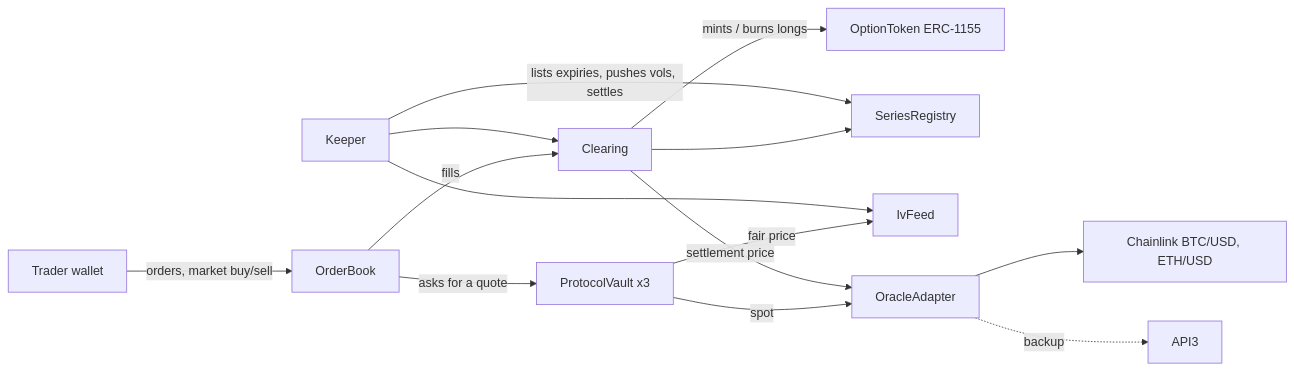
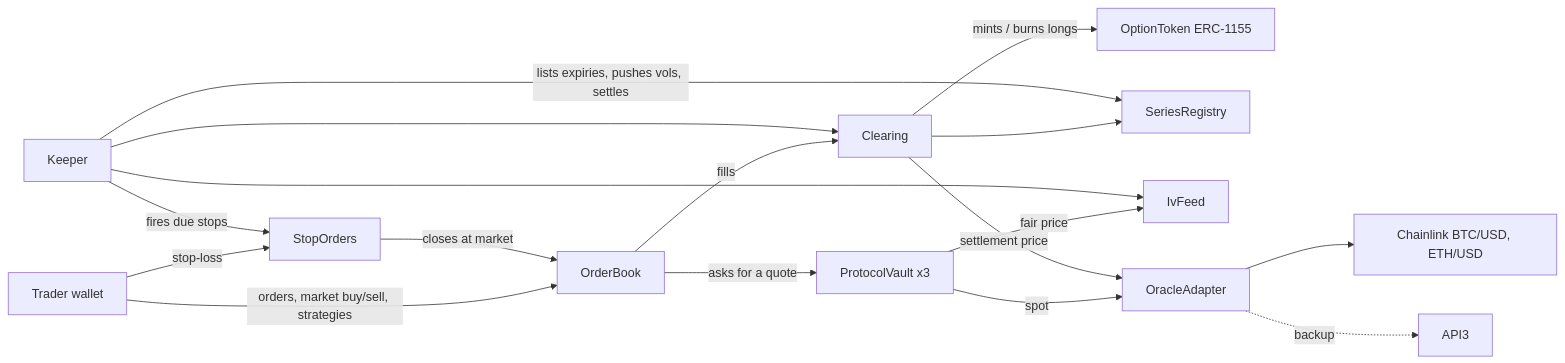
Before and after one commit to derstarteam-a11y/derstar-contracts: the diagram in README.md, drawn with Mermaid. The commit also changed other lines of this file, not shown here.

First line of the commit message:
README: strategies in one transaction, stop-loss orders, 162 tests

````diff
--- a/README.md
+++ b/README.md
@@ -36,16 +36,19 @@
 ```mermaid
 flowchart LR
-    T[Trader wallet] -->|orders, market buy/sell| OB[OrderBook]
+    T[Trader wallet] -->|orders, market buy/sell, strategies| OB[OrderBook]
+    T -->|stop-loss| S[StopOrders]
+    S -->|closes at market| OB
     OB -->|asks for a quote| V[ProtocolVault x3]
     OB -->|fills| C[Clearing]
     C -->|mints / burns longs| OT[OptionToken ERC-1155]
     C --> R[SeriesRegistry]
     V -->|fair price| IV[IvFeed]
     V -->|spot| O[OracleAdapter]
     C -->|settlement price| O
     O --> CL[Chainlink BTC/USD, ETH/USD]
     O -.backup.-> A3[API3]
     K[Keeper] -->|lists expiries, pushes vols, settles| R
     K --> IV
     K --> C
+    K -->|fires due stops| S
 ```
````
